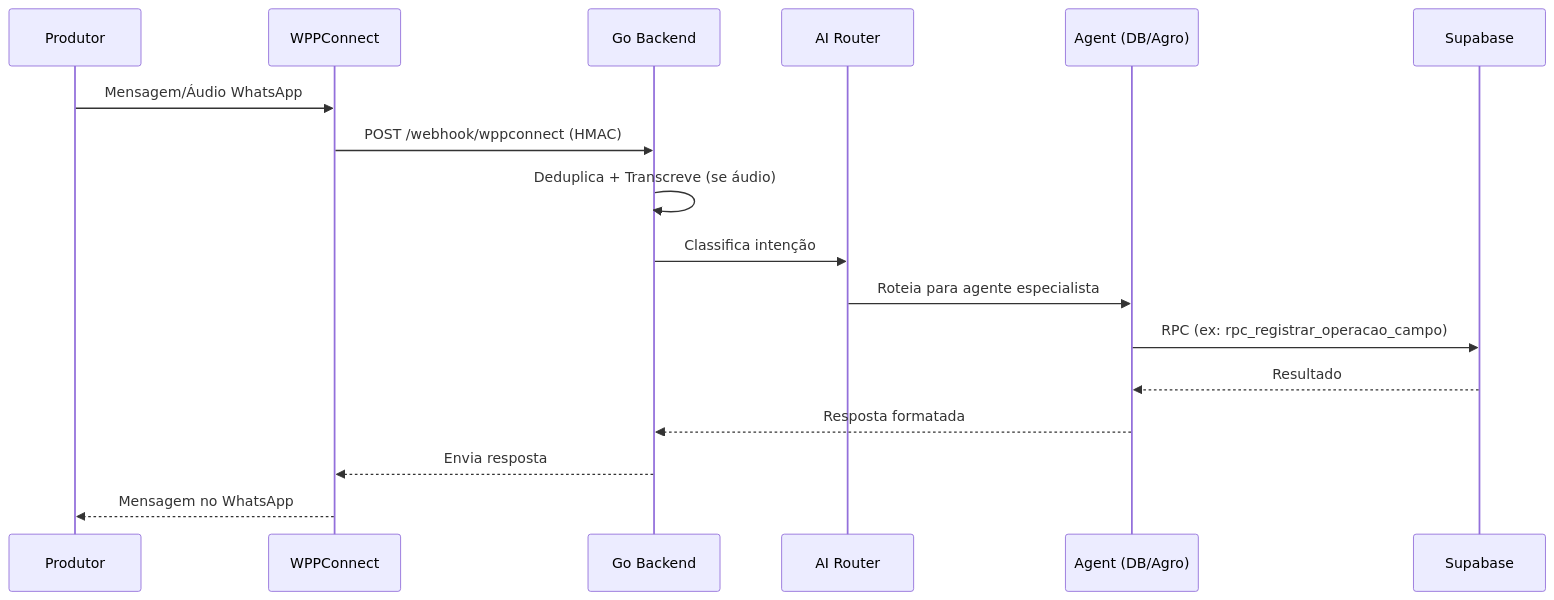
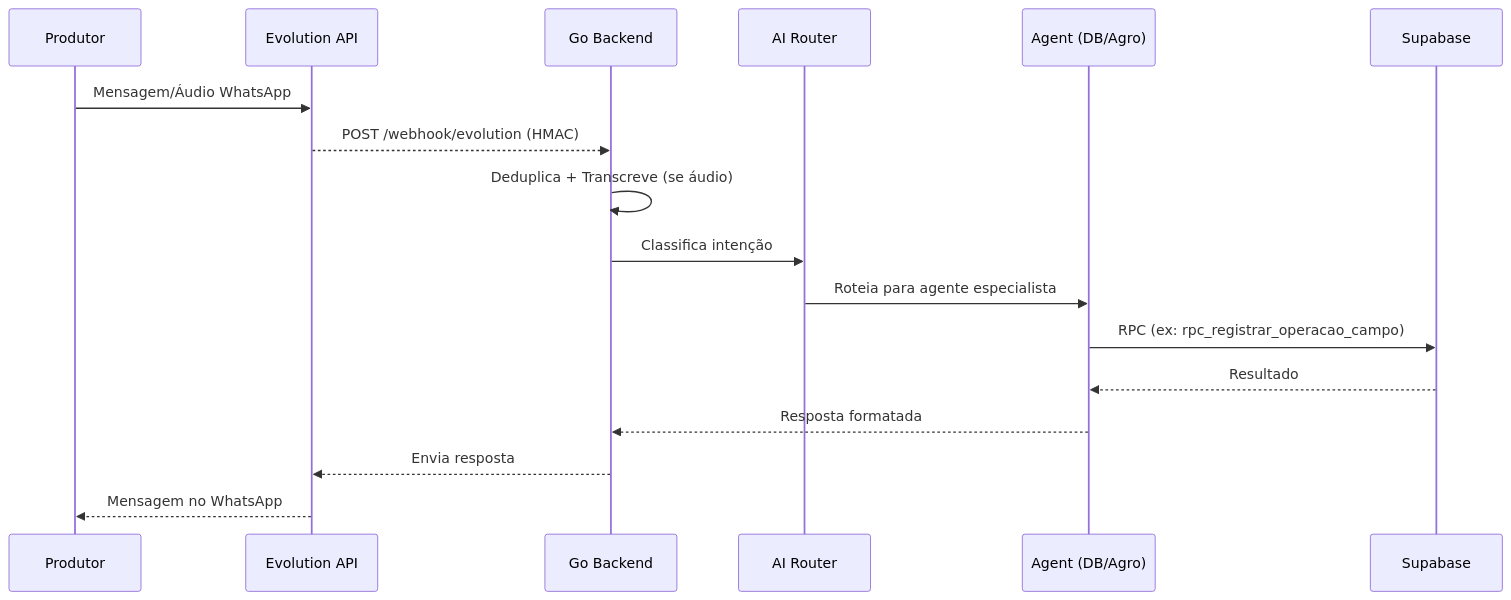
The second of 2 diagrams in README.md (thebrunm97/manejo-org), drawn with Mermaid before and after one commit. The commit also changed other lines of this file and 54 other files, not shown here.

Commit message:
docs: add architecture specs, research reports, and RAG knowledge base

````diff
--- a/README.md
+++ b/README.md
@@ -60,20 +60,21 @@
 ```mermaid
 sequenceDiagram
     participant P as Produtor
     participant W as WPPConnect
+    participant W as Evolution API
     participant G as Go Backend
     participant R as AI Router
     participant A as Agent (DB/Agro)
     participant S as Supabase
 
     P->>W: Mensagem/Áudio WhatsApp
-    W->>G: POST /webhook/wppconnect (HMAC)
+    W-->>G: POST /webhook/evolution (HMAC)
     G->>G: Deduplica + Transcreve (se áudio)
     G->>R: Classifica intenção
     R->>A: Roteia para agente especialista
     A->>S: RPC (ex: rpc_registrar_operacao_campo)
     S-->>A: Resultado
     A-->>G: Resposta formatada
     G-->>W: Envia resposta
     W-->>P: Mensagem no WhatsApp
 ```
````
